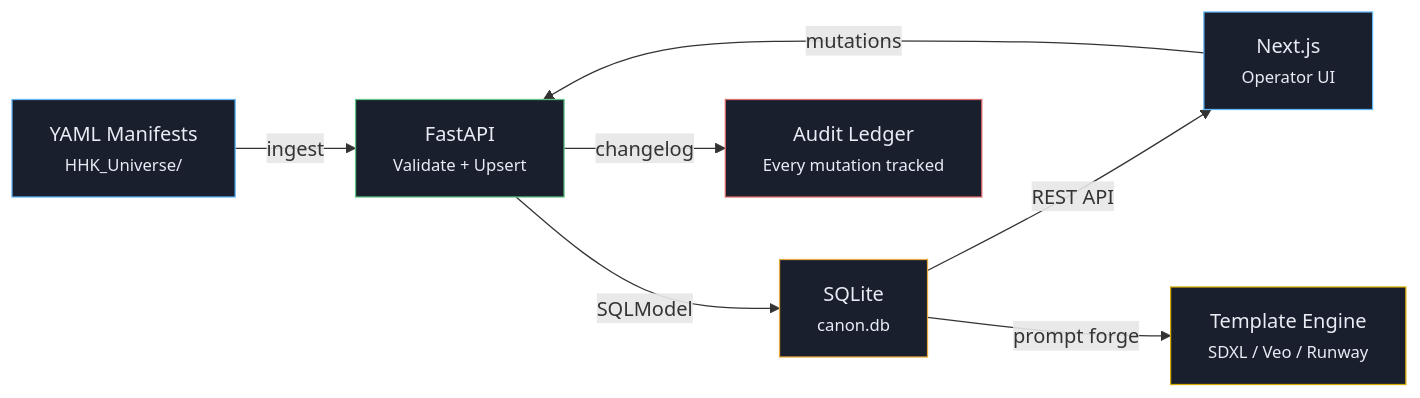
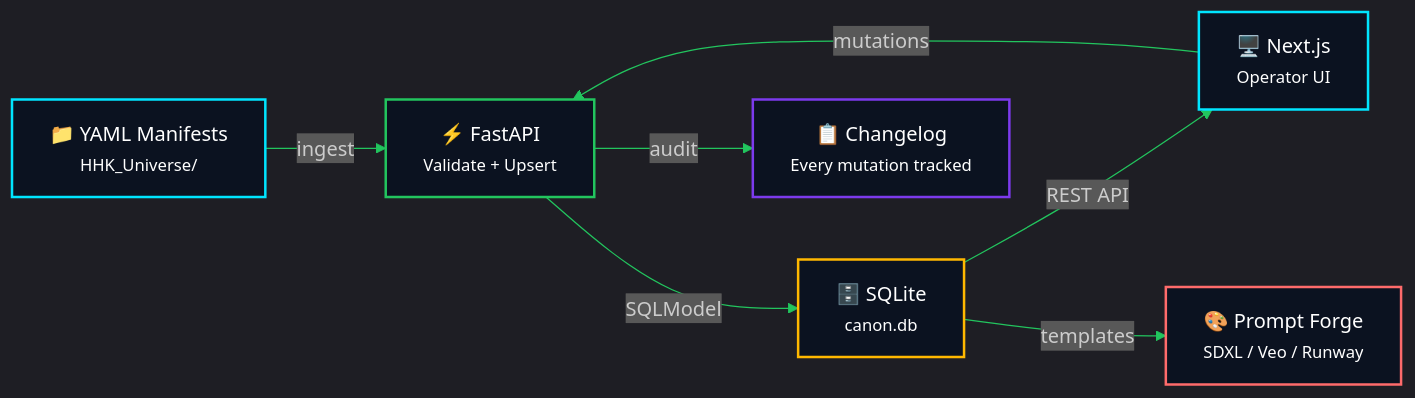
Before and after one commit to LLParis/canon-vault: the first of 2 diagrams in README.md, drawn with Mermaid. The commit also changed other lines of this file, not shown here.

````diff
--- a/README.md
+++ b/README.md
@@ -66,16 +167,17 @@
 ```mermaid
+%%{init: {'theme':'dark', 'themeVariables': { 'primaryColor':'#00E5FF','primaryTextColor':'#fff','primaryBorderColor':'#7C3AED','lineColor':'#22C55E','secondaryColor':'#0b1220','tertiaryColor':'#1f2937'}}}%%
 flowchart LR
-    A["YAML Manifests<br/><small>HHK_Universe/</small>"] -->|ingest| B["FastAPI<br/><small>Validate + Upsert</small>"]
-    B -->|SQLModel| C["SQLite<br/><small>canon.db</small>"]
-    C -->|REST API| D["Next.js<br/><small>Operator UI</small>"]
+    A["📁 YAML Manifests<br/><small>HHK_Universe/</small>"] -->|ingest| B["⚡ FastAPI<br/><small>Validate + Upsert</small>"]
+    B -->|SQLModel| C["🗄️ SQLite<br/><small>canon.db</small>"]
+    C -->|REST API| D["🖥️ Next.js<br/><small>Operator UI</small>"]
     D -->|mutations| B
-    B -->|changelog| E["Audit Ledger<br/><small>Every mutation tracked</small>"]
-    C -->|prompt forge| F["Template Engine<br/><small>SDXL / Veo / Runway</small>"]
+    B -->|audit| E["📋 Changelog<br/><small>Every mutation tracked</small>"]
+    C -->|templates| F["🎨 Prompt Forge<br/><small>SDXL / Veo / Runway</small>"]
 
-    style A fill:#1a1f2e,stroke:#5eb5f7,color:#e8ecf4
-    style B fill:#1a1f2e,stroke:#5ec484,color:#e8ecf4
-    style C fill:#1a1f2e,stroke:#e5a93e,color:#e8ecf4
-    style D fill:#1a1f2e,stroke:#5eb5f7,color:#e8ecf4
-    style E fill:#1a1f2e,stroke:#e06b6b,color:#e8ecf4
-    style F fill:#1a1f2e,stroke:#d4aa00,color:#e8ecf4
+    style A fill:#0b1220,stroke:#00E5FF,stroke-width:2px,color:#fff
+    style B fill:#0b1220,stroke:#22C55E,stroke-width:2px,color:#fff
+    style C fill:#0b1220,stroke:#FFB800,stroke-width:2px,color:#fff
+    style D fill:#0b1220,stroke:#00E5FF,stroke-width:2px,color:#fff
+    style E fill:#0b1220,stroke:#7C3AED,stroke-width:2px,color:#fff
+    style F fill:#0b1220,stroke:#FF6B6B,stroke-width:2px,color:#fff
 ```
````
